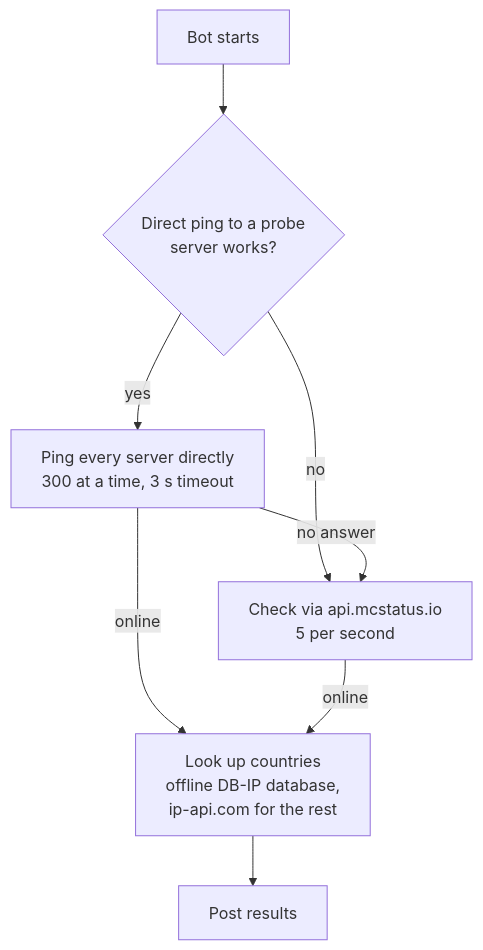
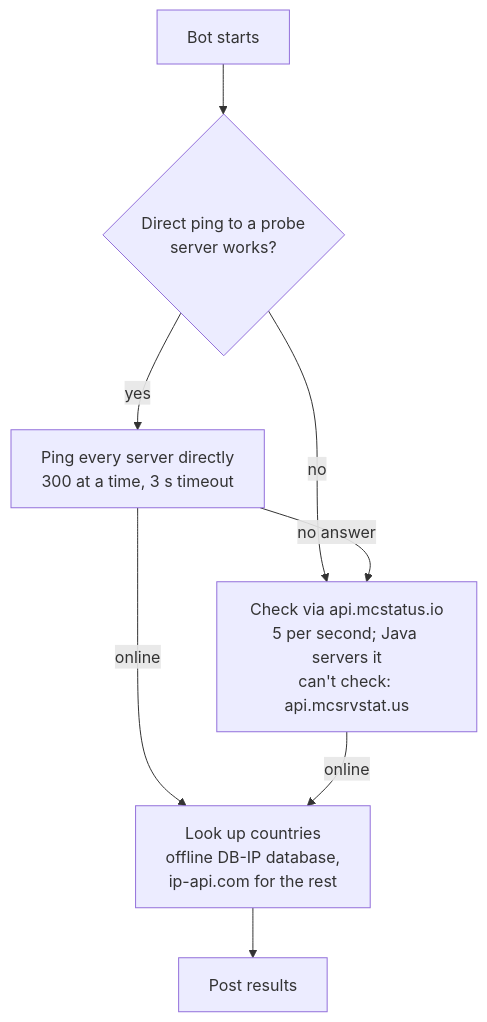
Before and after one commit to TheDyXer/scanbot: the diagram in README.md, drawn with Mermaid. The commit also changed other lines of this file and 6 other files, not shown here.

First line of the commit message:
API checks: 3 s server timeout, slow down on rate limits, mcsrvstat.us fallback

````diff
--- a/README.md
+++ b/README.md
@@ -307,10 +314,10 @@
 ```mermaid
 flowchart TD
     A[Bot starts] --> B{Direct ping to a probe<br/>server works?}
     B -- yes --> C[Ping every server directly<br/>300 at a time, 3 s timeout]
-    B -- no --> D[Check via api.mcstatus.io<br/>5 per second]
+    B -- no --> D[Check via api.mcstatus.io<br/>5 per second; Java servers it<br/>can't check: api.mcsrvstat.us]
     C -- no answer --> D
     C -- online --> E[Look up countries<br/>offline DB-IP database,<br/>ip-api.com for the rest]
     D -- online --> E
     E --> F[Post results]
 ```
````
